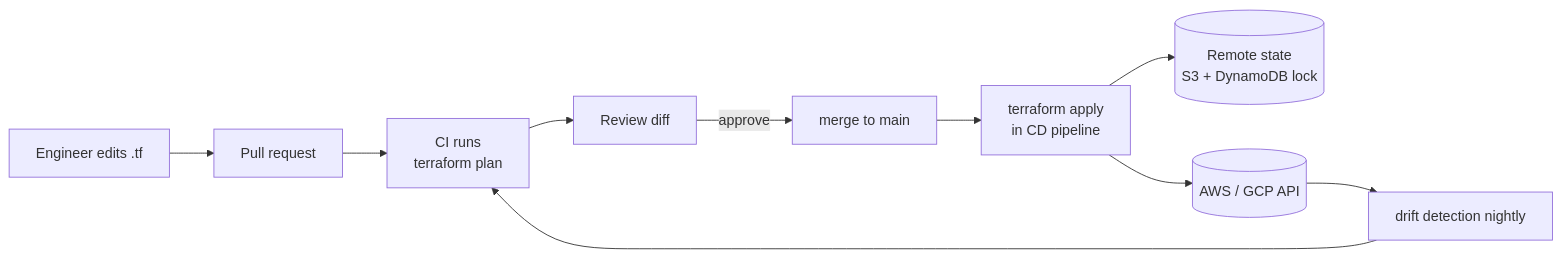
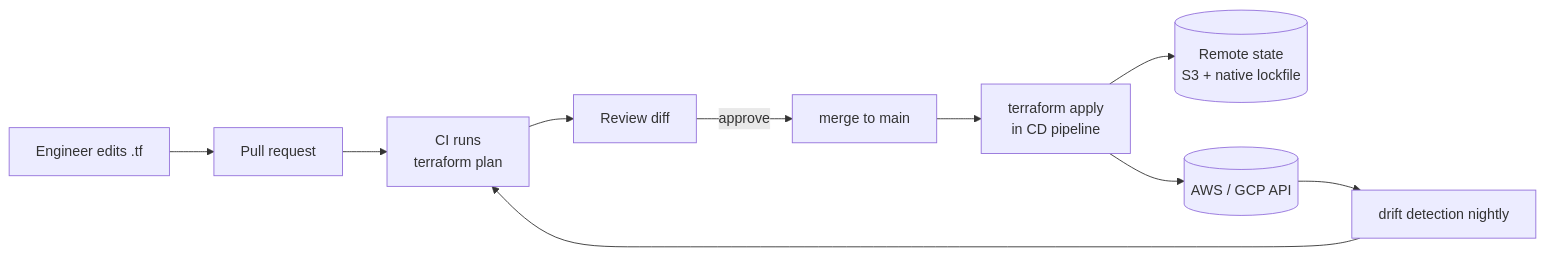
The diagram in src/content/notes/09-production-craft/terraform-iac.mdx (amanleloush/STACKTRACE), drawn with Mermaid before and after one commit. The commit also changed other lines of this file and 327 other files, not shown here.

````diff
--- a/src/content/notes/09-production-craft/terraform-iac.mdx
+++ b/src/content/notes/09-production-craft/terraform-iac.mdx
@@ -20,11 +20,11 @@
 ```mermaid
 flowchart LR
     DEV[Engineer edits .tf] --> PR[Pull request]
     PR --> CI[CI runs<br/>terraform plan]
     CI --> REVIEW[Review diff]
     REVIEW -->|approve| MERGE[merge to main]
     MERGE --> APPLY[terraform apply<br/>in CD pipeline]
-    APPLY --> STATE[(Remote state<br/>S3 + DynamoDB lock)]
+    APPLY --> STATE[(Remote state<br/>S3 + native lockfile)]
     APPLY --> CLOUD[(AWS / GCP API)]
     CLOUD --> DRIFT[drift detection nightly] --> CI
 ```
````
